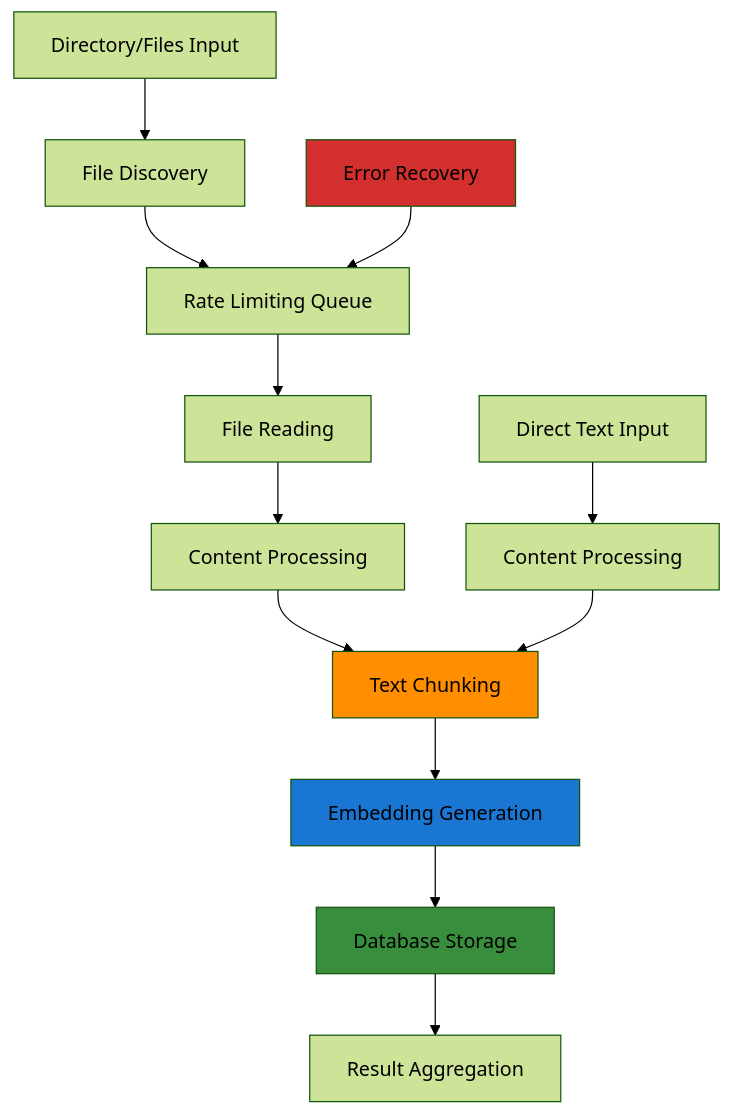
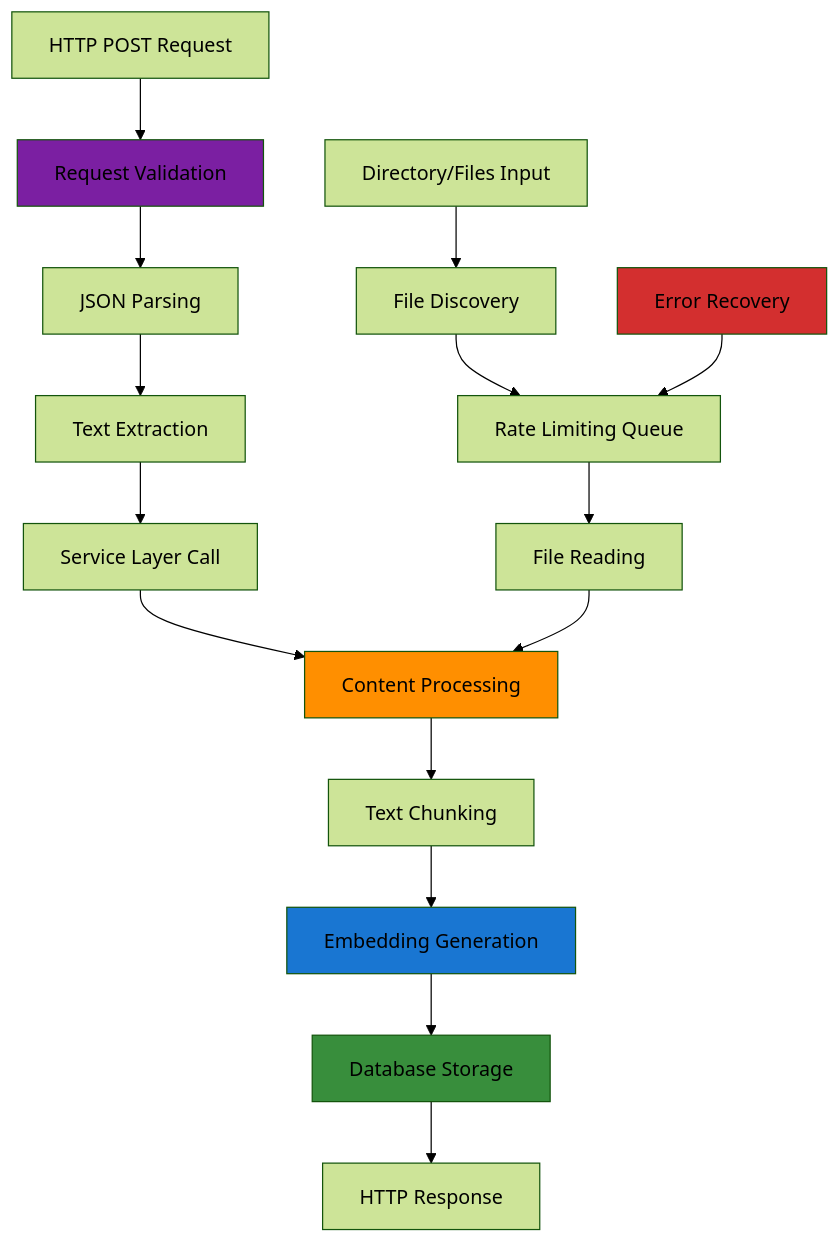
One commit to rlynjb/adventurecue changed the first of 2 diagrams in docs/services/ingestion.md. Above: the diagram before and after it, drawn with Mermaid (forest theme). The commit also changed other lines of this file, not shown here.

````diff
--- a/docs/services/ingestion.md
+++ b/docs/services/ingestion.md
@@ -56,21 +68,25 @@
 ```mermaid
 graph TD
-    A[Directory/Files Input] --> B[File Discovery]
-    B --> C[Rate Limiting Queue]
-    C --> D[File Reading]
-    D --> E[Content Processing]
-    E --> F[Text Chunking]
-    F --> G[Embedding Generation]
-    G --> H[Database Storage]
-    H --> I[Result Aggregation]
+    A[HTTP POST Request] --> B[Request Validation]
+    B --> C[JSON Parsing]
+    C --> D[Text Extraction]
+    D --> E[Service Layer Call]
+    E --> F[Content Processing]
+    F --> G[Text Chunking]
+    G --> H[Embedding Generation]
+    H --> I[Database Storage]
+    I --> J[HTTP Response]
 
-    J[Direct Text Input] --> K[Content Processing]
-    K --> F
+    K[Directory/Files Input] --> L[File Discovery]
+    L --> M[Rate Limiting Queue]
+    M --> N[File Reading]
+    N --> F
 
-    L[Error Recovery] --> C
+    O[Error Recovery] --> M
 
     style F fill:#ff8f00
-    style G fill:#1976d2
-    style H fill:#388e3c
-    style L fill:#d32f2f
+    style H fill:#1976d2
+    style I fill:#388e3c
+    style O fill:#d32f2f
+    style B fill:#7b1fa2
 ```
````
